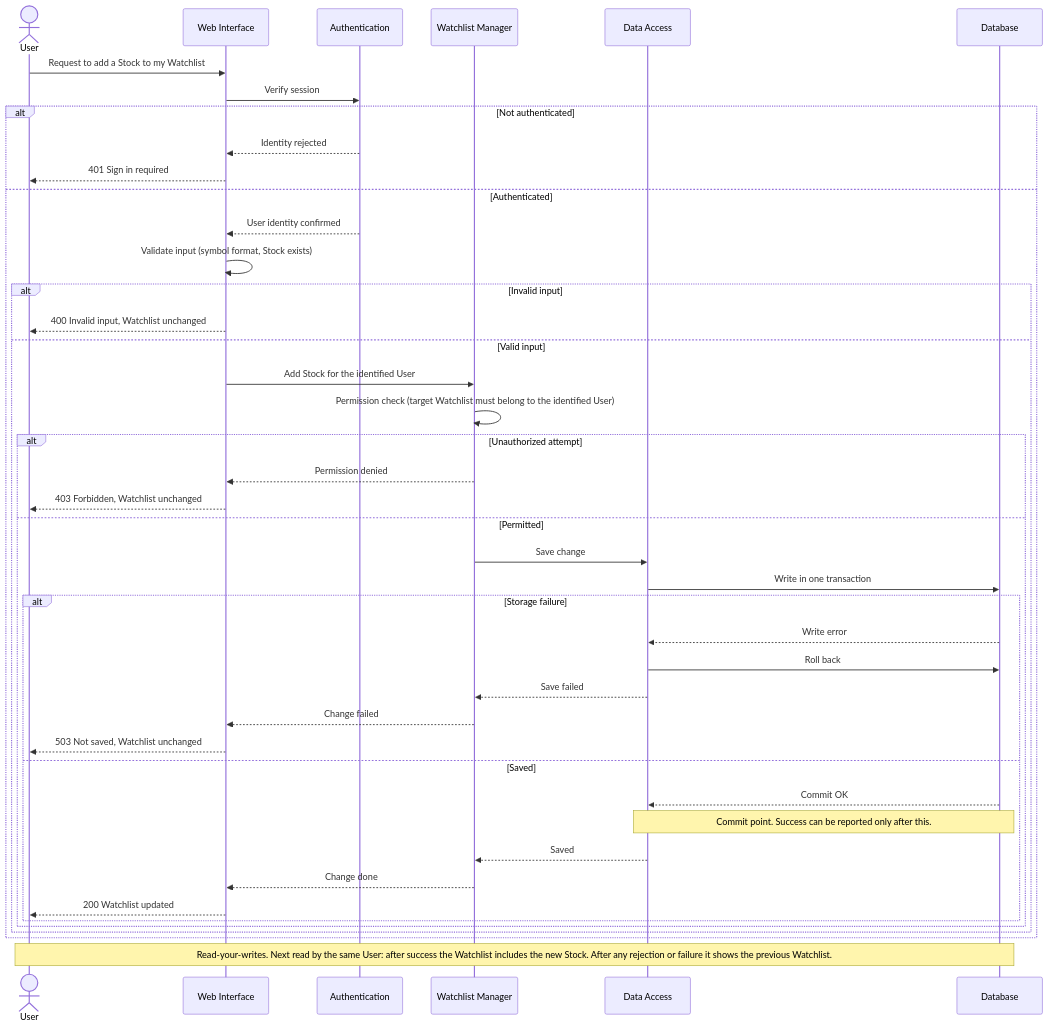
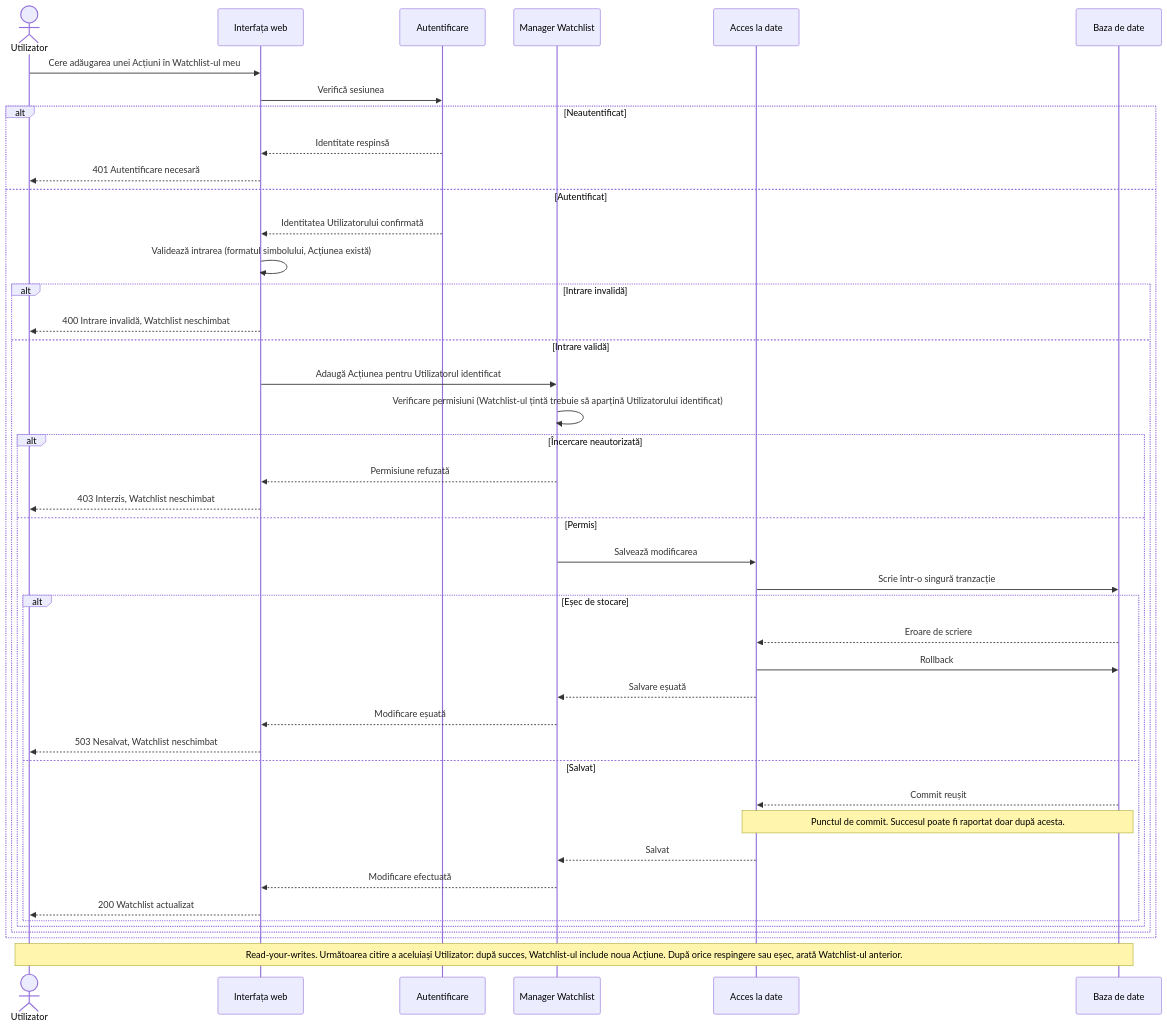
One commit to sainciucbeatricie/psi-labs changed the sixth of 6 diagrams in lab3.md. Above: the diagram before and after it, drawn with Mermaid. The commit also changed other lines of this file, not shown here.

````diff
--- a/lab3.md
+++ b/lab3.md
@@ -228,46 +228,46 @@
 ```mermaid
 sequenceDiagram
-    actor U as User
-    participant W as Web Interface
-    participant A as Authentication
-    participant M as Watchlist Manager
-    participant X as Data Access
-    participant D as Database
+    actor U as Utilizator
+    participant W as Interfața web
+    participant A as Autentificare
+    participant M as Manager Watchlist
+    participant X as Acces la date
+    participant D as Baza de date
 
-    U->>W: Request to add a Stock to my Watchlist
-    W->>A: Verify session
-    alt Not authenticated
-        A-->>W: Identity rejected
-        W-->>U: 401 Sign in required
-    else Authenticated
-        A-->>W: User identity confirmed
-        W->>W: Validate input (symbol format, Stock exists)
-        alt Invalid input
-            W-->>U: 400 Invalid input, Watchlist unchanged
-        else Valid input
-            W->>M: Add Stock for the identified User
-            M->>M: Permission check (target Watchlist must belong to the identified User)
-            alt Unauthorized attempt
-                M-->>W: Permission denied
-                W-->>U: 403 Forbidden, Watchlist unchanged
-            else Permitted
-                M->>X: Save change
-                X->>D: Write in one transaction
-                alt Storage failure
-                    D-->>X: Write error
-                    X->>D: Roll back
-                    X-->>M: Save failed
-                    M-->>W: Change failed
-                    W-->>U: 503 Not saved, Watchlist unchanged
-                else Saved
-                    D-->>X: Commit OK
-                    Note over X,D: Commit point. Success can be reported only after this.
-                    X-->>M: Saved
-                    M-->>W: Change done
-                    W-->>U: 200 Watchlist updated
+    U->>W: Cere adăugarea unei Acțiuni în Watchlist-ul meu
+    W->>A: Verifică sesiunea
+    alt Neautentificat
+        A-->>W: Identitate respinsă
+        W-->>U: 401 Autentificare necesară
+    else Autentificat
+        A-->>W: Identitatea Utilizatorului confirmată
+        W->>W: Validează intrarea (formatul simbolului, Acțiunea există)
+        alt Intrare invalidă
+            W-->>U: 400 Intrare invalidă, Watchlist neschimbat
+        else Intrare validă
+            W->>M: Adaugă Acțiunea pentru Utilizatorul identificat
+            M->>M: Verificare permisiuni (Watchlist-ul țintă trebuie să aparțină Utilizatorului identificat)
+            alt Încercare neautorizată
+                M-->>W: Permisiune refuzată
+                W-->>U: 403 Interzis, Watchlist neschimbat
+            else Permis
+                M->>X: Salvează modificarea
+                X->>D: Scrie într-o singură tranzacție
+                alt Eșec de stocare
+                    D-->>X: Eroare de scriere
+                    X->>D: Rollback
+                    X-->>M: Salvare eșuată
+                    M-->>W: Modificare eșuată
+                    W-->>U: 503 Nesalvat, Watchlist neschimbat
+                else Salvat
+                    D-->>X: Commit reușit
+                    Note over X,D: Punctul de commit. Succesul poate fi raportat doar după acesta.
+                    X-->>M: Salvat
+                    M-->>W: Modificare efectuată
+                    W-->>U: 200 Watchlist actualizat
                 end
             end
         end
     end
-    Note over U,D: Read-your-writes. Next read by the same User: after success the Watchlist includes the new Stock. After any rejection or failure it shows the previous Watchlist.
+    Note over U,D: Read-your-writes. Următoarea citire a aceluiași Utilizator: după succes, Watchlist-ul include noua Acțiune. După orice respingere sau eșec, arată Watchlist-ul anterior.
 ```
````
